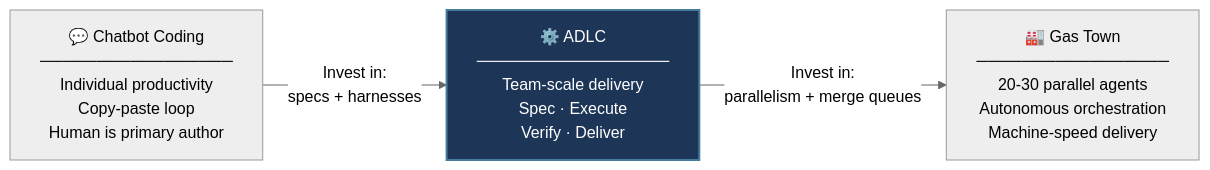
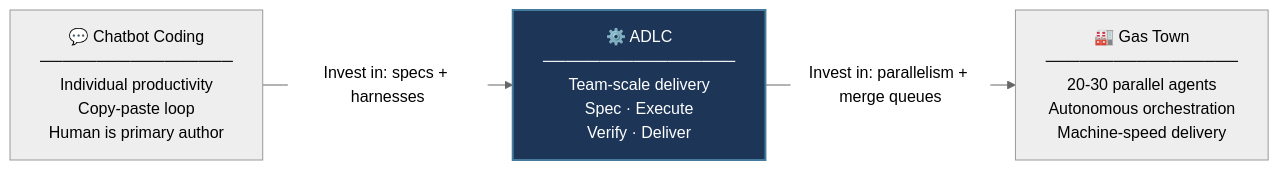
The third of 3 diagrams in _posts/2026-03-29-software-engineering-agentic-era-discipline-is-the-multiplier.md (sriaradhyula/sriaradhyula.github.io), drawn with Mermaid (neutral theme) before and after one commit. The commit also changed other lines of this file, not shown here.

Commit message:
fix(blog): replace \n with <br/> in all Mermaid node labels for reliable rendering

````diff
--- a/_posts/2026-03-29-software-engineering-agentic-era-discipline-is-the-multiplier.md
+++ b/_posts/2026-03-29-software-engineering-agentic-era-discipline-is-the-multiplier.md
@@ -172,9 +172,9 @@
 ```mermaid
 flowchart LR
-    A["💬 Chatbot Coding\n─────────────────\nIndividual productivity\nCopy-paste loop\nHuman is primary author"]
-    B["⚙️ ADLC\n─────────────────\nTeam-scale delivery\nSpec · Execute\nVerify · Deliver"]
-    C["🏭 Gas Town\n─────────────────\n20-30 parallel agents\nAutonomous orchestration\nMachine-speed delivery"]
-    A -->|"Invest in:\nspecs + harnesses"| B
-    B -->|"Invest in:\nparallelism + merge queues"| C
+    A["💬 Chatbot Coding<br/>─────────────────<br/>Individual productivity<br/>Copy-paste loop<br/>Human is primary author"]
+    B["⚙️ ADLC<br/>─────────────────<br/>Team-scale delivery<br/>Spec · Execute<br/>Verify · Deliver"]
+    C["🏭 Gas Town<br/>─────────────────<br/>20-30 parallel agents<br/>Autonomous orchestration<br/>Machine-speed delivery"]
+    A -->|"Invest in: specs + harnesses"| B
+    B -->|"Invest in: parallelism + merge queues"| C
     style B fill:#1d3557,color:#fff,stroke:#457b9d,stroke-width:2px
 ```
````
